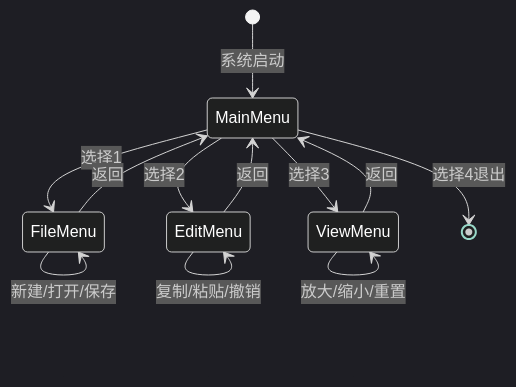
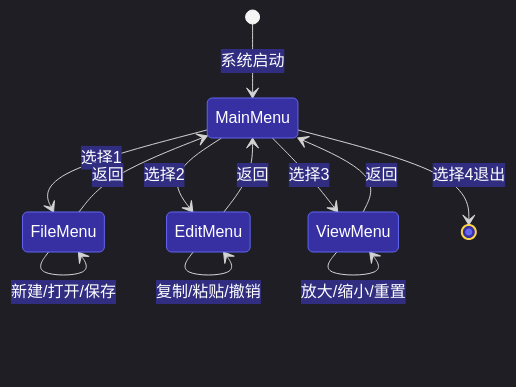
One commit to dd-xiaozhi/study-notes changed the sixth of 6 diagrams in 其他语言/go/03_control_structures.md. Above: the diagram before and after it, drawn with Mermaid. The commit also changed other lines of this file and 84 other files, not shown here.

````diff
--- a/其他语言/go/03_control_structures.md
+++ b/其他语言/go/03_control_structures.md
@@ -1092,18 +868,15 @@
 ```mermaid
-%%{init: {'theme': 'dark', 'themeVariables': {'primaryColor': '#DDA0DD', 'primaryTextColor': '#fff', 'primaryBorderColor': '#DDA0DD', 'lineColor': '#98D8C8'}}}%%
+%%{init: {'theme': 'dark', 'themeVariables': {'primaryColor': '#6366F1', 'primaryTextColor': '#FFFFFF', 'primaryBorderColor': '#6366F1', 'lineColor': '#FCD34D', 'clusterBkg': '#1E1B4B', 'clusterBorder': '#4F46E5', 'titleColor': '#FCD34D', 'edgeLabelBackground': '#312E81', 'nodeBkg': '#312E81', 'nodeBorder': '#6366F1', 'mainBkg': '#3730A3', 'textColor': '#FFFFFF', 'signalColor': '#10B981', 'signalTextColor': '#FFFFFF'}}}%%
 stateDiagram-v2
     [*] --> MainMenu: 系统启动
     MainMenu --> FileMenu: 选择1
     MainMenu --> EditMenu: 选择2
     MainMenu --> ViewMenu: 选择3
     MainMenu --> [*]: 选择4退出
-
     FileMenu --> FileMenu: 新建/打开/保存
     FileMenu --> MainMenu: 返回
-
     EditMenu --> EditMenu: 复制/粘贴/撤销
     EditMenu --> MainMenu: 返回
-
     ViewMenu --> ViewMenu: 放大/缩小/重置
     ViewMenu --> MainMenu: 返回
 ```
````
